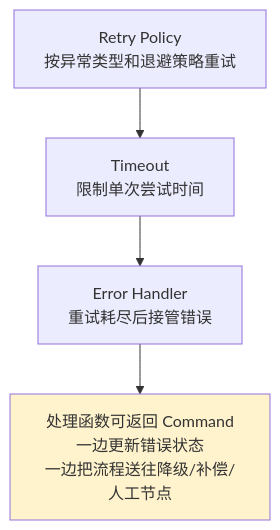
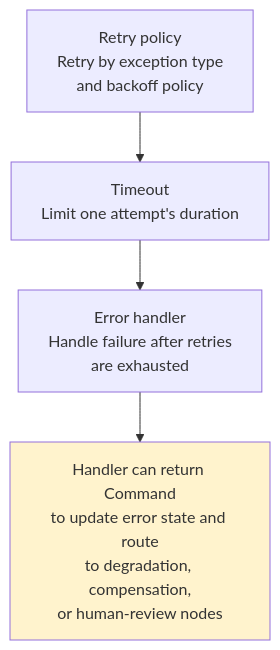
Before and after one commit to oneleaveknowsthefall/awesome-ai-roadmap: the second of 2 diagrams in docs/frameworks/01-langchain/04-langgraph/10-langgraph-advantages.md, drawn with Mermaid. The commit also changed other lines of this file and 70 other files, not shown here.

````diff
--- a/docs/frameworks/01-langchain/04-langgraph/10-langgraph-advantages.md
+++ b/docs/frameworks/01-langchain/04-langgraph/10-langgraph-advantages.md
@@ -162,8 +162,8 @@
 ```mermaid
 flowchart TB
-    A["Retry Policy<br/>按异常类型和退避策略重试"] --> B["Timeout<br/>限制单次尝试时间"]
-    B --> C["Error Handler<br/>重试耗尽后接管错误"]
-    C --> D["处理函数可返回 Command<br/>一边更新错误状态<br/>一边把流程送往降级/补偿/人工节点"]
+    A["Retry policy<br/>Retry by exception type<br/>and backoff policy"] --> B["Timeout<br/>Limit one attempt's duration"]
+    B --> C["Error handler<br/>Handle failure after retries<br/>are exhausted"]
+    C --> D["Handler can return Command<br/>to update error state and route<br/>to degradation, compensation,<br/>or human-review nodes"]
 
     style D fill:#fff3cd
 ```
````
